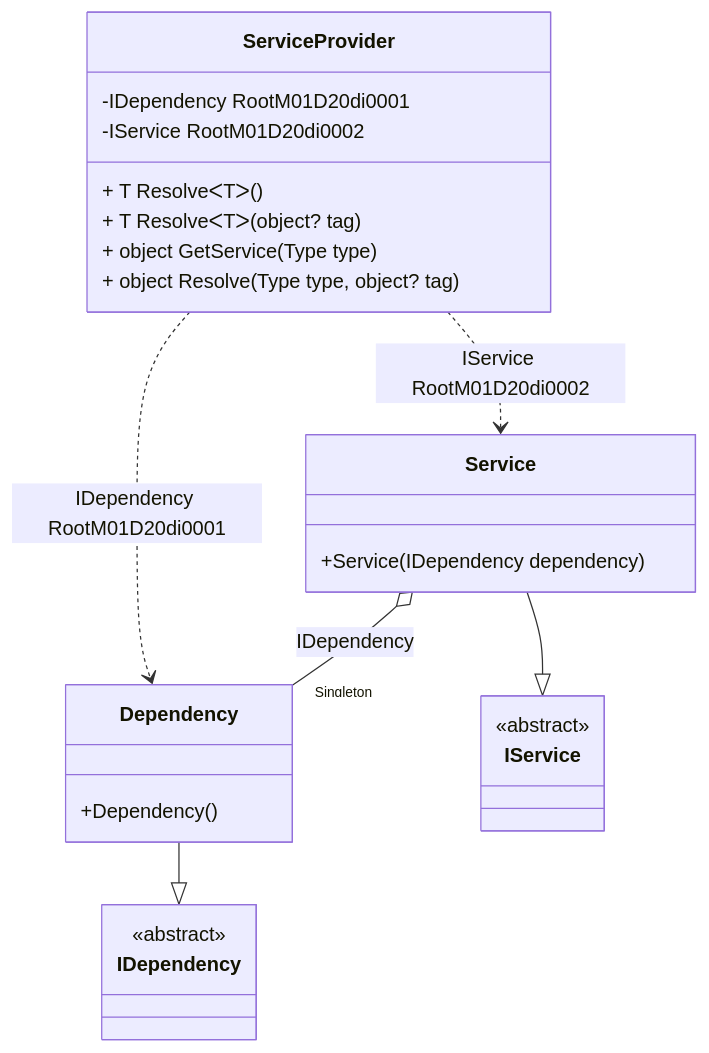
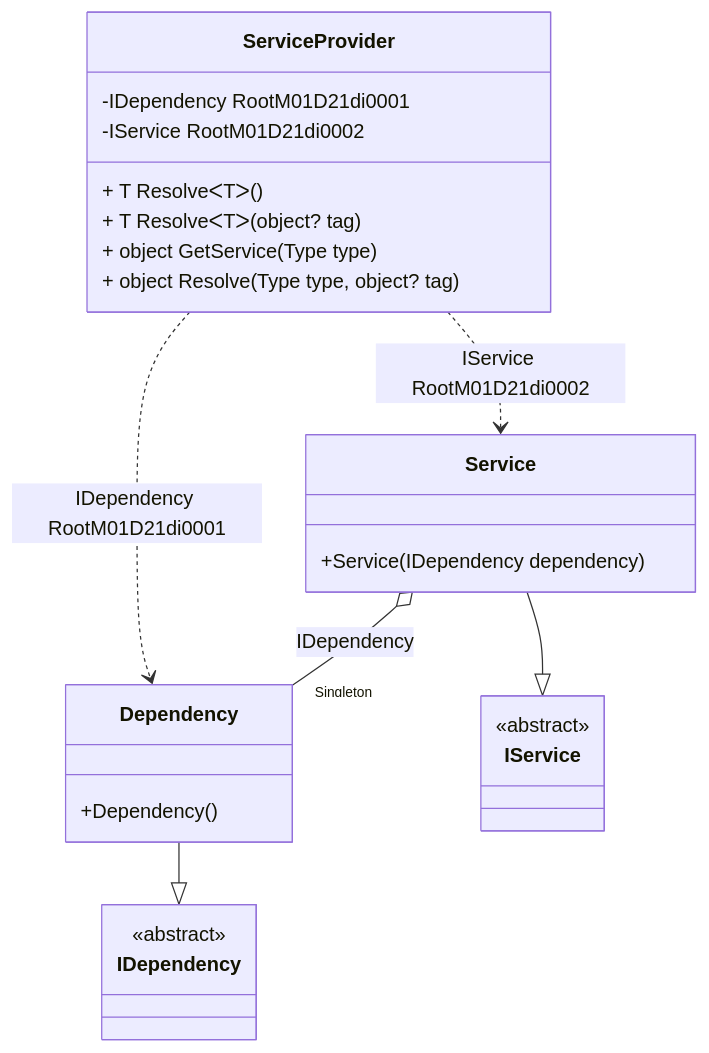
Before and after one commit to DevTeam/Pure.DI: the diagram in readme/service-provider.md, drawn with Mermaid. The commit also changed other lines of this file and 82 other files, not shown here.

````diff
--- a/readme/service-provider.md
+++ b/readme/service-provider.md
@@ -46,28 +46,28 @@
 ```mermaid
 classDiagram
   class ServiceProvider {
-    -IDependency RootM01D20di0001
-    -IService RootM01D20di0002
+    -IDependency RootM01D21di0001
+    -IService RootM01D21di0002
     + T ResolveᐸTᐳ()
     + T ResolveᐸTᐳ(object? tag)
     + object GetService(Type type)
     + object Resolve(Type type, object? tag)
   }
   Dependency --|> IDependency : 
   class Dependency {
     +Dependency()
   }
   Service --|> IService : 
   class Service {
     +Service(IDependency dependency)
   }
   class IDependency {
     <<abstract>>
   }
   class IService {
     <<abstract>>
   }
   Service o--  "Singleton" Dependency : IDependency
-  ServiceProvider ..> Dependency : IDependency RootM01D20di0001
-  ServiceProvider ..> Service : IService RootM01D20di0002
+  ServiceProvider ..> Dependency : IDependency RootM01D21di0001
+  ServiceProvider ..> Service : IService RootM01D21di0002
 ```
````
